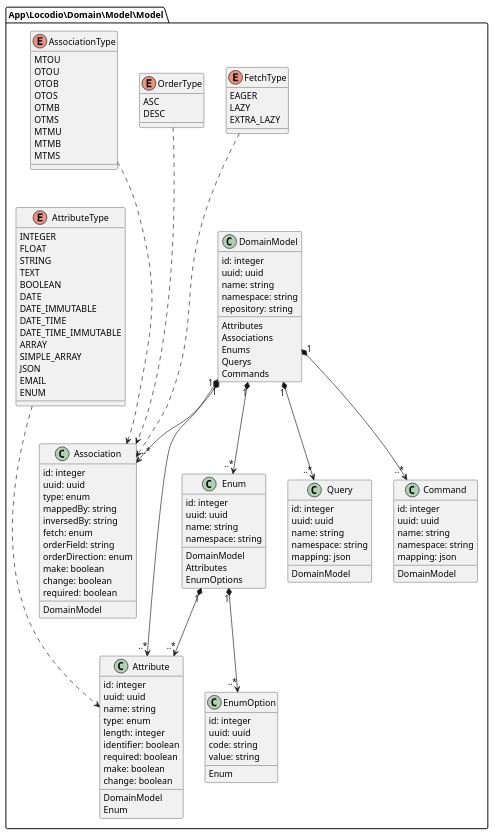
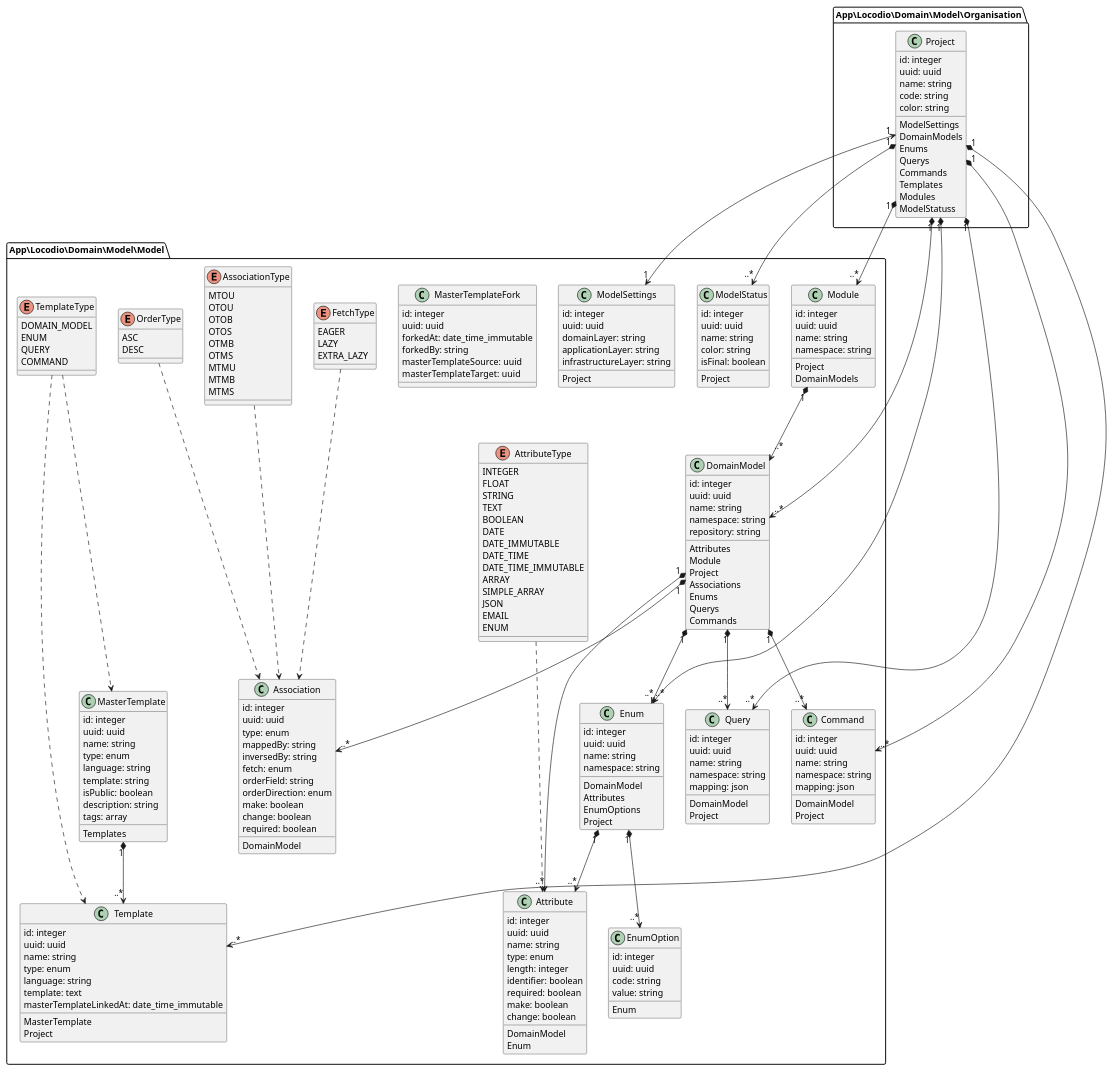
Before and after one commit to locod-io/locod.io: the diagram in application/Locodio/Domain/Model/Model/.model.puml, drawn with PlantUML. The commit also changed 301 other files, not shown here.

```diff
--- a/application/Locodio/Domain/Model/Model/.model.puml
+++ b/application/Locodio/Domain/Model/Model/.model.puml
@@ -2,6 +2,53 @@
 
 skinparam shadowing false
 
+package "App\Locodio\Domain\Model\Model"{
+	class ModelStatus {
+		id: integer
+		uuid: uuid
+		name: string
+		color: string
+		isFinal: boolean
+		{method} Project
+	}
+}
+package "App\Locodio\Domain\Model\Model"{
+	class ModelSettings {
+		id: integer
+		uuid: uuid
+		domainLayer: string
+		applicationLayer: string
+		infrastructureLayer: string
+		{method} Project
+	}
+}
+package "App\Locodio\Domain\Model\Model"{
+	class Module {
+		id: integer
+		uuid: uuid
+		name: string
+		namespace: string
+		{method} Project
+		{method} DomainModels
+	}
+}
+package "App\Locodio\Domain\Model\Organisation"{
+	class Project {
+		id: integer
+		uuid: uuid
+		name: string
+		code: string
+		color: string
+		{method} ModelSettings
+		{method} DomainModels
+		{method} Enums
+		{method} Querys
+		{method} Commands
+		{method} Templates
+		{method} Modules
+		{method} ModelStatuss
+	}
+}
 package "App\Locodio\Domain\Model\Model"{
 	class DomainModel {
 		id: integer
@@ -10,10 +57,49 @@
 		namespace: string
 		repository: string
 		{method} Attributes
+		{method} Module
+		{method} Project
 		{method} Associations
 		{method} Enums
 		{method} Querys
 		{method} Commands
+	}
+}
+package "App\Locodio\Domain\Model\Model"{
+	class MasterTemplateFork {
+		id: integer
+		uuid: uuid
+		forkedAt: date_time_immutable
+		forkedBy: string
+		masterTemplateSource: uuid
+		masterTemplateTarget: uuid
+	}
+}
+package "App\Locodio\Domain\Model\Model"{
+	class MasterTemplate {
+		id: integer
+		uuid: uuid
+		name: string
+		type: enum
+		language: string
+		template: string
+		isPublic: boolean
+		description: string
+		tags: array
+		{method} Templates
+	}
+}
+package "App\Locodio\Domain\Model\Model"{
+	class Template {
+		id: integer
+		uuid: uuid
+		name: string
+		type: enum
+		language: string
+		template: text
+		masterTemplateLinkedAt: date_time_immutable
+		{method} MasterTemplate
+		{method} Project
 	}
 }
 package "App\Locodio\Domain\Model\Model"{
@@ -56,6 +142,7 @@
 		{method} DomainModel
 		{method} Attributes
 		{method} EnumOptions
+		{method} Project
 	}
 }
 package "App\Locodio\Domain\Model\Model"{
@@ -75,6 +162,7 @@
 		namespace: string
 		mapping: json
 		{method} DomainModel
+		{method} Project
 	}
 }
 package "App\Locodio\Domain\Model\Model"{
@@ -85,32 +173,7 @@
 		namespace: string
 		mapping: json
 		{method} DomainModel
-	}
-}
-package "App\Locodio\Domain\Model\Model"{
-	enum FetchType {
-		EAGER
-		LAZY
-		EXTRA_LAZY
-	}
-}
-package "App\Locodio\Domain\Model\Model"{
-	enum OrderType {
-		ASC
-		DESC
-	}
-}
-package "App\Locodio\Domain\Model\Model"{
-	enum AssociationType {
-		MTOU
-		OTOU
-		OTOB
-		OTOS
-		OTMB
-		OTMS
-		MTMU
-		MTMB
-		MTMS
+		{method} Project
 	}
 }
 package "App\Locodio\Domain\Model\Model"{
@@ -131,16 +194,62 @@
 		ENUM
 	}
 }
+package "App\Locodio\Domain\Model\Model"{
+	enum AssociationType {
+		MTOU
+		OTOU
+		OTOB
+		OTOS
+		OTMB
+		OTMS
+		MTMU
+		MTMB
+		MTMS
+	}
+}
+package "App\Locodio\Domain\Model\Model"{
+	enum TemplateType {
+		DOMAIN_MODEL
+		ENUM
+		QUERY
+		COMMAND
+	}
+}
+package "App\Locodio\Domain\Model\Model"{
+	enum FetchType {
+		EAGER
+		LAZY
+		EXTRA_LAZY
+	}
+}
+package "App\Locodio\Domain\Model\Model"{
+	enum OrderType {
+		ASC
+		DESC
+	}
+}
 
+TemplateType...> MasterTemplate
+TemplateType...> Template
 AttributeType...> Attribute
 AssociationType...> Association
 FetchType...> Association
 OrderType...> Association
+Project "1" <--> "1" ModelSettings
+Module "1" *--> "..*" DomainModel
+Project "1" *--> "..*" DomainModel
+Project "1" *--> "..*" Enum
+Project "1" *--> "..*" Query
+Project "1" *--> "..*" Command
+Project "1" *--> "..*" Template
+Project "1" *--> "..*" Module
+Project "1" *--> "..*" ModelStatus
 DomainModel "1" *--> "..*" Attribute
 DomainModel "1" *--> "..*" Association
 DomainModel "1" *--> "..*" Enum
 DomainModel "1" *--> "..*" Query
 DomainModel "1" *--> "..*" Command
+MasterTemplate "1" *--> "..*" Template
 Enum "1" *--> "..*" Attribute
 Enum "1" *--> "..*" EnumOption
 
```
